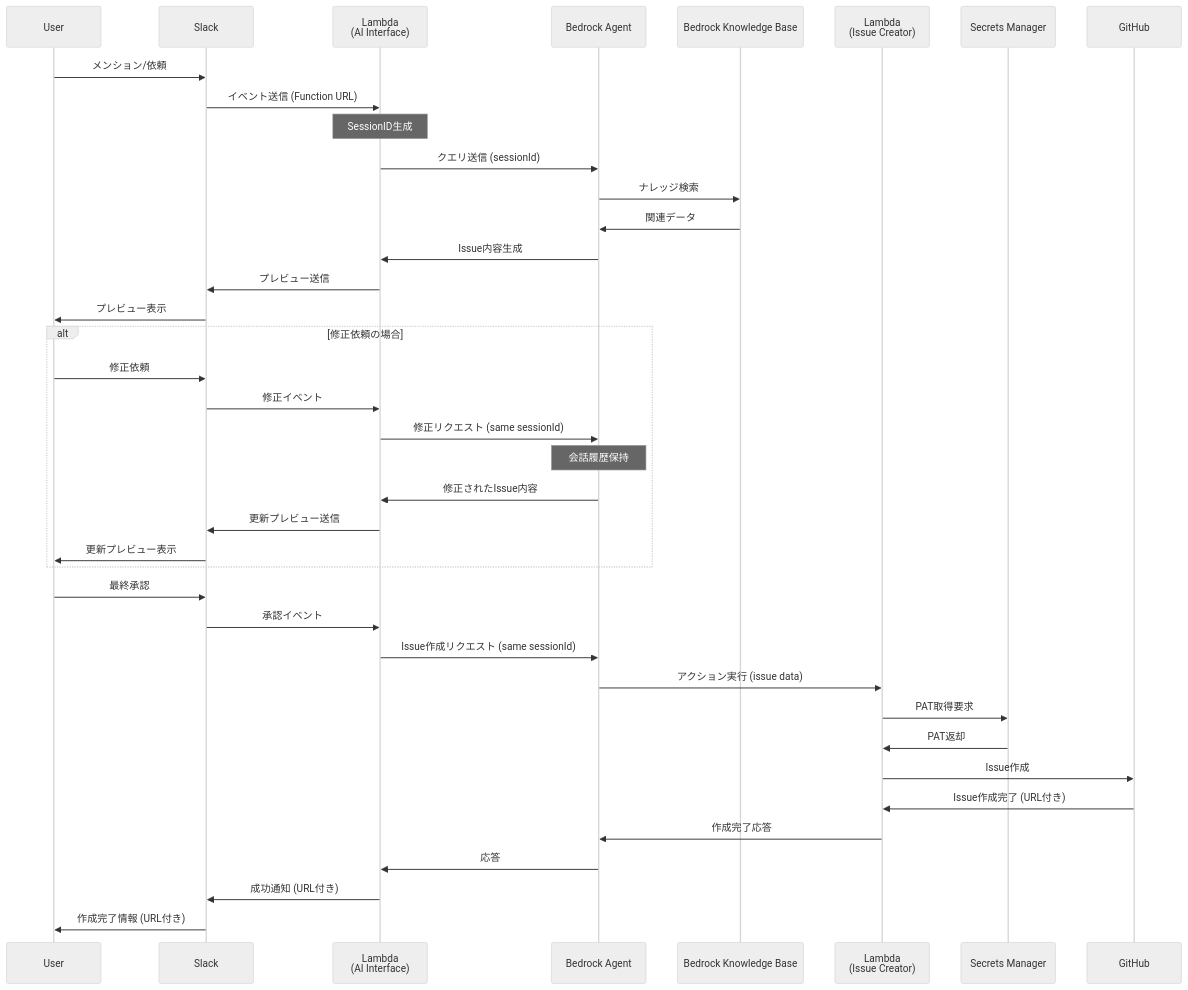
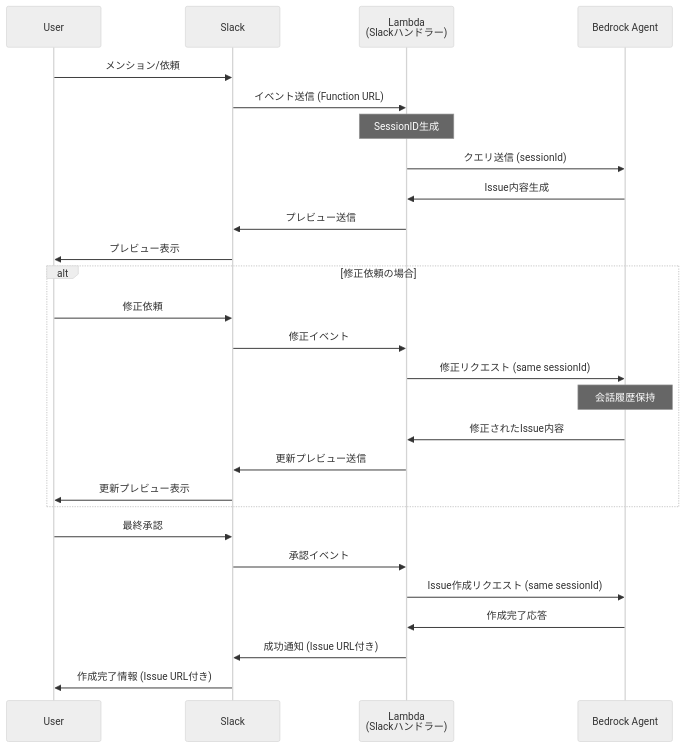
Before and after one commit to nangashi/ai-test: the sixth of 7 diagrams in DESIGN.md, drawn with Mermaid (neutral theme). The commit also changed other lines of this file, not shown here.

````diff
--- a/DESIGN.md
+++ b/DESIGN.md
@@ -286,44 +312,32 @@
 ```mermaid
 sequenceDiagram
     participant U as User
     participant S as Slack
-    participant L1 as Lambda<br/>(AI Interface)
+    participant L1 as Lambda<br/>(Slackハンドラー)
     participant BA as Bedrock Agent
-    participant KB as Bedrock Knowledge Base
-    participant L2 as Lambda<br/>(Issue Creator)
-    participant SM as Secrets Manager
-    participant GH as GitHub
 
     U->>S: メンション/依頼
     S->>L1: イベント送信 (Function URL)
     Note over L1: SessionID生成
     L1->>BA: クエリ送信 (sessionId)
-    BA->>KB: ナレッジ検索
-    KB->>BA: 関連データ
     BA->>L1: Issue内容生成
     L1->>S: プレビュー送信
     S->>U: プレビュー表示
 
     alt 修正依頼の場合
         U->>S: 修正依頼
         S->>L1: 修正イベント
         L1->>BA: 修正リクエスト (same sessionId)
         Note over BA: 会話履歴保持
         BA->>L1: 修正されたIssue内容
         L1->>S: 更新プレビュー送信
         S->>U: 更新プレビュー表示
     end
 
     U->>S: 最終承認
     S->>L1: 承認イベント
     L1->>BA: Issue作成リクエスト (same sessionId)
-    BA->>L2: アクション実行 (issue data)
-    L2->>SM: PAT取得要求
-    SM->>L2: PAT返却
-    L2->>GH: Issue作成
-    GH->>L2: Issue作成完了 (URL付き)
-    L2->>BA: 作成完了応答
-    BA->>L1: 応答
-    L1->>S: 成功通知 (URL付き)
-    S->>U: 作成完了情報 (URL付き)
+    BA->>L1: 作成完了応答
+    L1->>S: 成功通知 (Issue URL付き)
+    S->>U: 作成完了情報 (Issue URL付き)
 ```
````
